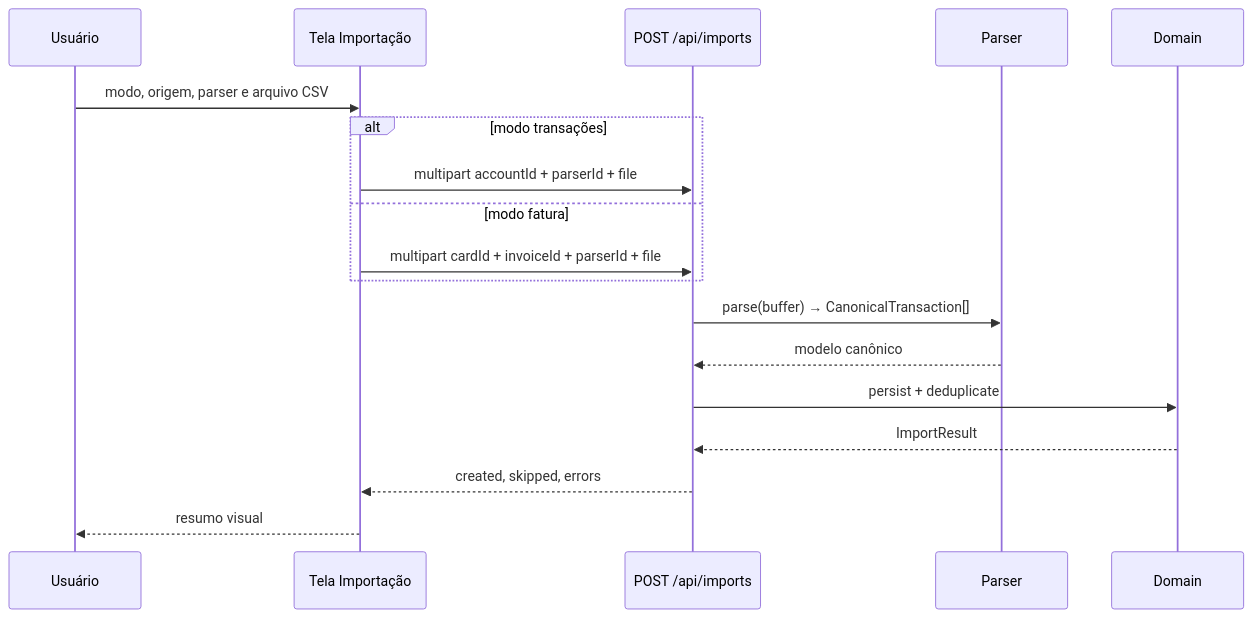
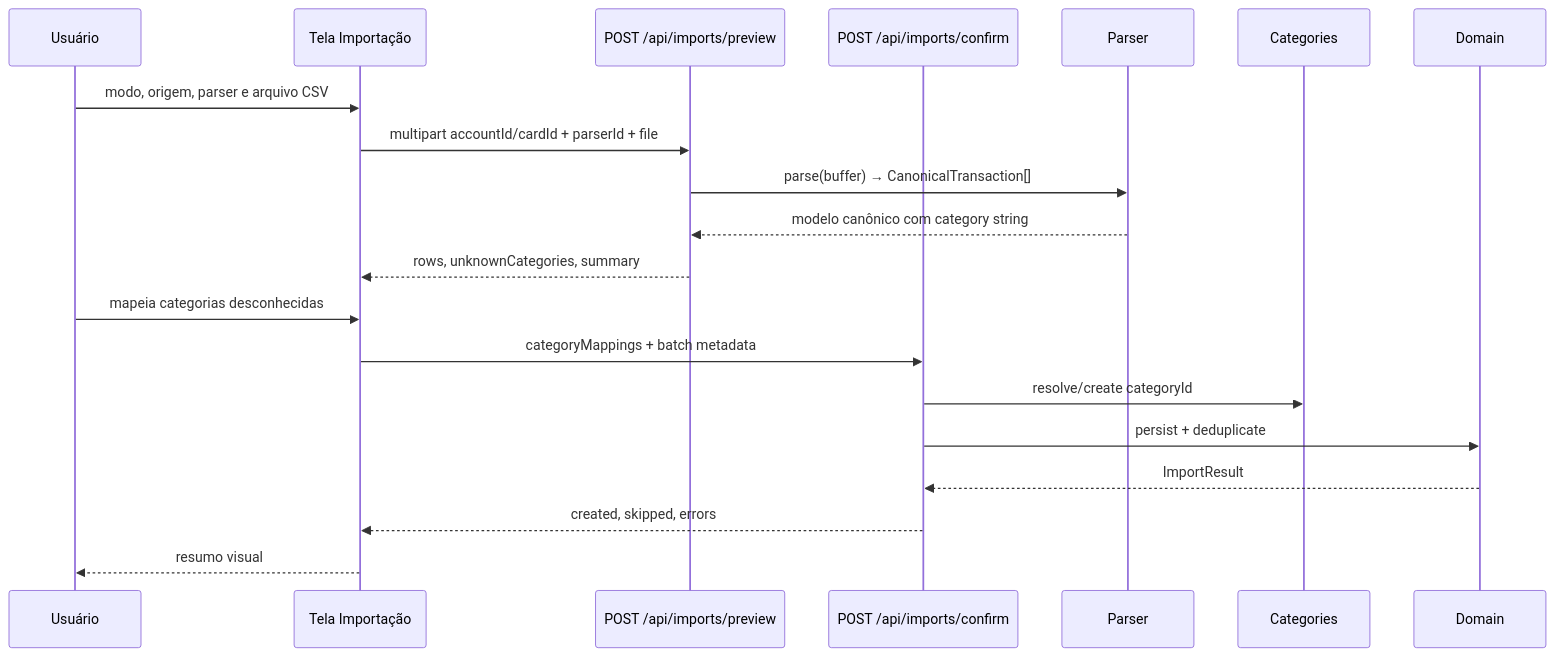
One commit to omarcovelho/mao-de-vaca changed the fifth of 5 diagrams in docs/ARCHITECTURE.md. Above: the diagram before and after it, drawn with Mermaid. The commit also changed other lines of this file and 4 other files, not shown here.

````diff
--- a/docs/ARCHITECTURE.md
+++ b/docs/ARCHITECTURE.md
@@ -301,21 +321,23 @@
 ```mermaid
 sequenceDiagram
   participant User as Usuário
   participant ImportUI as Tela Importação
-  participant API as POST /api/imports
+  participant Preview as POST /api/imports/preview
+  participant Confirm as POST /api/imports/confirm
   participant Parser
+  participant Categories
   participant Domain
 
   User->>ImportUI: modo, origem, parser e arquivo CSV
-  alt modo transações
-    ImportUI->>API: multipart accountId + parserId + file
-  else modo fatura
-    ImportUI->>API: multipart cardId + invoiceId + parserId + file
-  end
-  API->>Parser: parse(buffer) → CanonicalTransaction[]
-  Parser-->>API: modelo canônico
-  API->>Domain: persist + deduplicate
-  Domain-->>API: ImportResult
-  API-->>ImportUI: created, skipped, errors
+  ImportUI->>Preview: multipart accountId/cardId + parserId + file
+  Preview->>Parser: parse(buffer) → CanonicalTransaction[]
+  Parser-->>Preview: modelo canônico com category string
+  Preview-->>ImportUI: rows, unknownCategories, summary
+  User->>ImportUI: mapeia categorias desconhecidas
+  ImportUI->>Confirm: categoryMappings + batch metadata
+  Confirm->>Categories: resolve/create categoryId
+  Confirm->>Domain: persist + deduplicate
+  Domain-->>Confirm: ImportResult
+  Confirm-->>ImportUI: created, skipped, errors
   ImportUI-->>User: resumo visual
 ```
````
